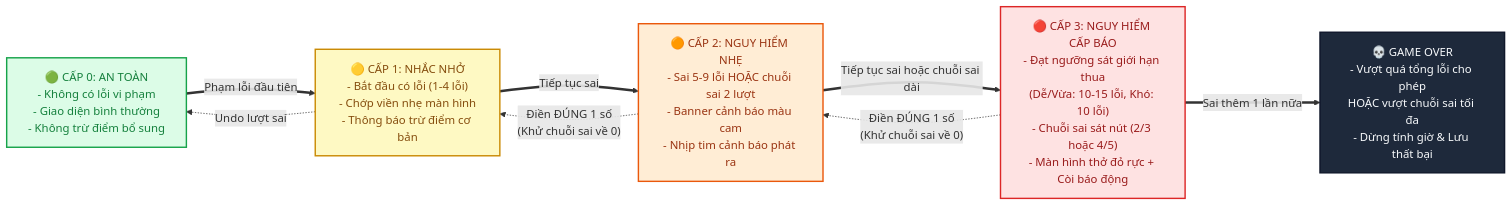
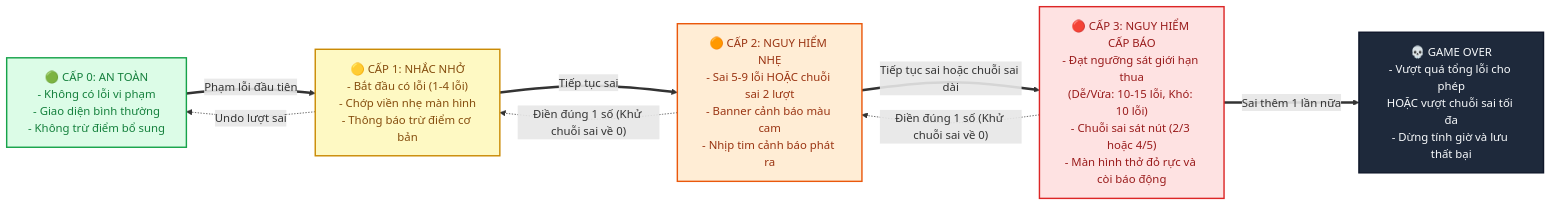
The third of 3 diagrams in docs/02_game_state_lifecycle.md (Jhanh/Sudoku_game), drawn with Mermaid before and after one commit. The commit also changed other lines of this file and 5 other files, not shown here.

Commit message:
fix(docs): resolve Mermaid syntax errors for github

````diff
--- a/docs/02_game_state_lifecycle.md
+++ b/docs/02_game_state_lifecycle.md
@@ -119,33 +119,33 @@
 ```mermaid
 flowchart LR
     classDef safe fill:#DCFCE7,stroke:#16A34A,stroke-width:2px,color:#15803D;
     classDef stage1 fill:#FEF9C3,stroke:#CA8A04,stroke-width:2px,color:#854D0E;
     classDef stage2 fill:#FFEDD5,stroke:#EA580C,stroke-width:2px,color:#9A3412;
     classDef stage3 fill:#FEE2E2,stroke:#DC2626,stroke-width:2px,color:#991B1B;
     classDef finish fill:#1E293B,stroke:#0F172A,stroke-width:2px,color:#F8FAFC;
 
     ST_SAFE["🟢 CẤP 0: AN TOÀN<br/>- Không có lỗi vi phạm<br/>- Giao diện bình thường<br/>- Không trừ điểm bổ sung"]
     
     ST_MILD["🟡 CẤP 1: NHẮC NHỞ<br/>- Bắt đầu có lỗi (1-4 lỗi)<br/>- Chớp viền nhẹ màn hình<br/>- Thông báo trừ điểm cơ bản"]
     
     ST_WARN["🟠 CẤP 2: NGUY HIỂM NHẸ<br/>- Sai 5-9 lỗi HOẶC chuỗi sai 2 lượt<br/>- Banner cảnh báo màu cam<br/>- Nhịp tim cảnh báo phát ra"]
     
-    ST_CRIT["🔴 CẤP 3: NGUY HIỂM CẤP BÁO<br/>- Đạt ngưỡng sát giới hạn thua<br/>(Dễ/Vừa: 10-15 lỗi, Khó: 10 lỗi)<br/>- Chuỗi sai sát nút (2/3 hoặc 4/5)<br/>- Màn hình thở đỏ rực + Còi báo động"]
+    ST_CRIT["🔴 CẤP 3: NGUY HIỂM CẤP BÁO<br/>- Đạt ngưỡng sát giới hạn thua<br/>(Dễ/Vừa: 10-15 lỗi, Khó: 10 lỗi)<br/>- Chuỗi sai sát nút (2/3 hoặc 4/5)<br/>- Màn hình thở đỏ rực và còi báo động"]
 
-    ST_DEAD["💀 GAME OVER<br/>- Vượt quá tổng lỗi cho phép<br/>HOẶC vượt chuỗi sai tối đa<br/>- Dừng tính giờ & Lưu thất bại"]
+    ST_DEAD["💀 GAME OVER<br/>- Vượt quá tổng lỗi cho phép<br/>HOẶC vượt chuỗi sai tối đa<br/>- Dừng tính giờ và lưu thất bại"]
 
     ST_SAFE ==>|"Phạm lỗi đầu tiên"| ST_MILD
     ST_MILD ==>|"Tiếp tục sai"| ST_WARN
     ST_WARN ==>|"Tiếp tục sai hoặc chuỗi sai dài"| ST_CRIT
     ST_CRIT ==>|"Sai thêm 1 lần nữa"| ST_DEAD
 
-    ST_WARN -.->|"Điền ĐÚNG 1 số<br/>(Khử chuỗi sai về 0)"| ST_MILD
-    ST_CRIT -.->|"Điền ĐÚNG 1 số<br/>(Khử chuỗi sai về 0)"| ST_WARN
-    ST_MILD -.->|"Undo lượt sai"| ST_SAFE
+    ST_WARN -. "Điền đúng 1 số (Khử chuỗi sai về 0)" .-> ST_MILD
+    ST_CRIT -. "Điền đúng 1 số (Khử chuỗi sai về 0)" .-> ST_WARN
+    ST_MILD -. "Undo lượt sai" .-> ST_SAFE
 
     class ST_SAFE safe;
     class ST_MILD stage1;
     class ST_WARN stage2;
     class ST_CRIT stage3;
     class ST_DEAD finish;
 ```
````
